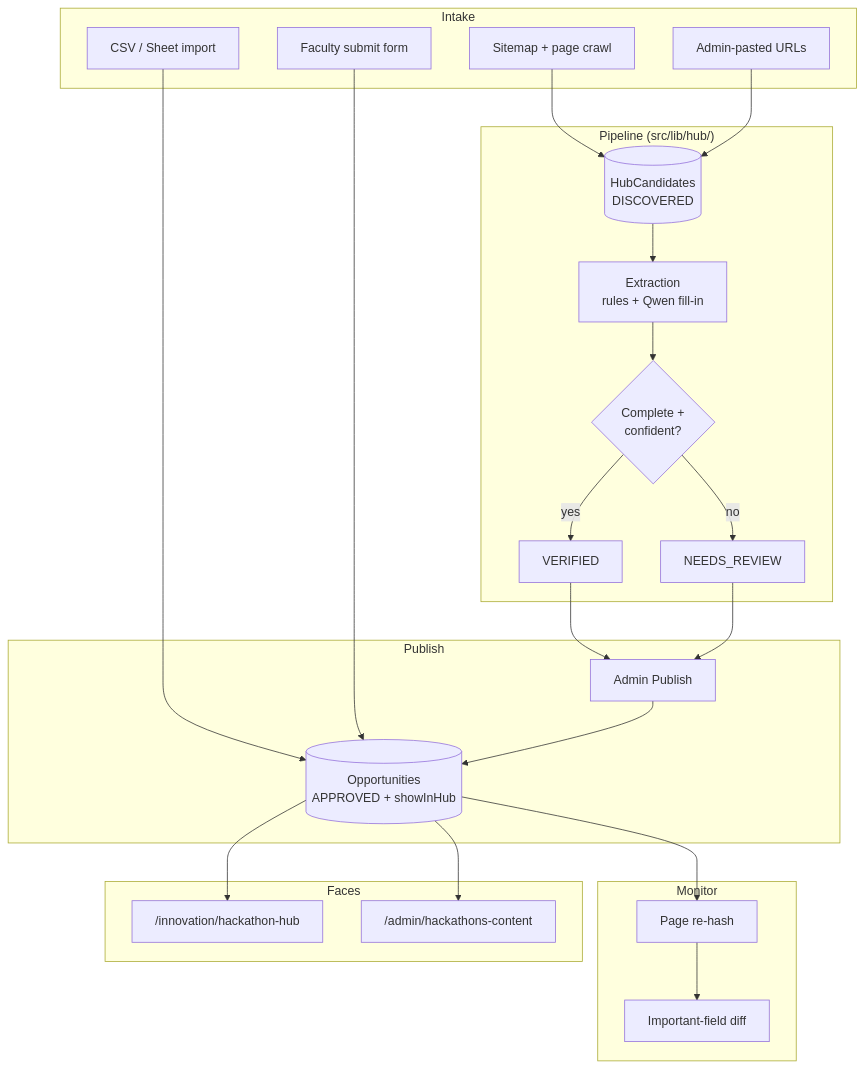
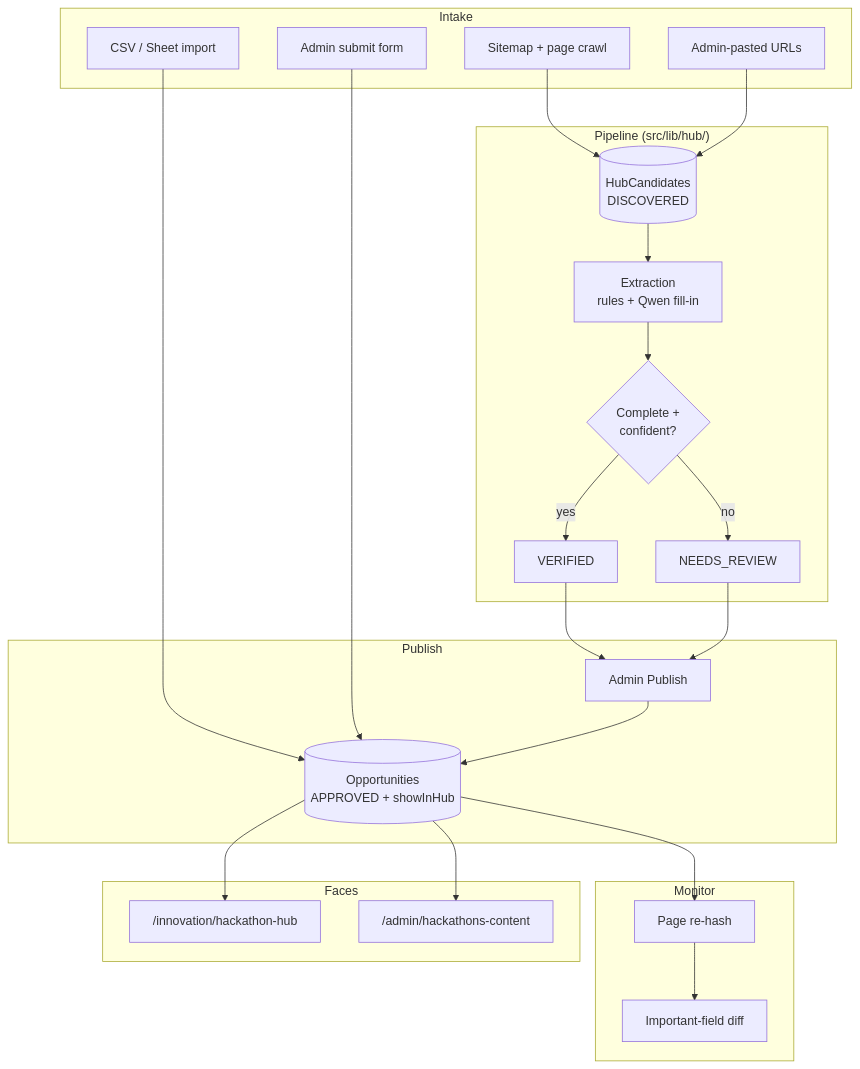
The first of 2 diagrams in docs/handoff/HACKATHON_HUB.md (Jiteshhh08/CoE-Main), drawn with Mermaid before and after one commit. The commit also changed 2 other files, not shown here.

Commit message:
fix: update terminology in Hackathon Hub and opportunities API for clarity and consistency

````diff
--- a/docs/handoff/HACKATHON_HUB.md
+++ b/docs/handoff/HACKATHON_HUB.md
@@ -37,46 +37,46 @@
 ```mermaid
 graph TB
     subgraph "Intake"
         SM[Sitemap + page crawl]
         CSV[CSV / Sheet import]
         MAN[Admin-pasted URLs]
-        FAC[Faculty submit form]
+        FAC[Admin submit form]
     end
 
     subgraph "Pipeline (src/lib/hub/)"
         CAND[(HubCandidates<br/>DISCOVERED)]
         EXT[Extraction<br/>rules + Qwen fill-in]
         REV{Complete +<br/>confident?}
         VER[VERIFIED]
         NR[NEEDS_REVIEW]
     end
 
     subgraph "Publish"
         PUB[Admin Publish]
         OPP[(Opportunities<br/>APPROVED + showInHub)]
     end
 
     subgraph "Monitor"
         HASH[Page re-hash]
         DIFF[Important-field diff]
     end
 
     subgraph "Faces"
         HUBPAGE["/innovation/hackathon-hub"]
         ADMIN["/admin/hackathons-content"]
     end
 
     SM --> CAND
     MAN --> CAND
     CSV --> OPP
     FAC --> OPP
     CAND --> EXT --> REV
     REV -->|yes| VER
     REV -->|no| NR
     VER --> PUB
     NR --> PUB
     PUB --> OPP
     OPP --> HASH --> DIFF
     OPP --> HUBPAGE
     OPP --> ADMIN
 ```
````
